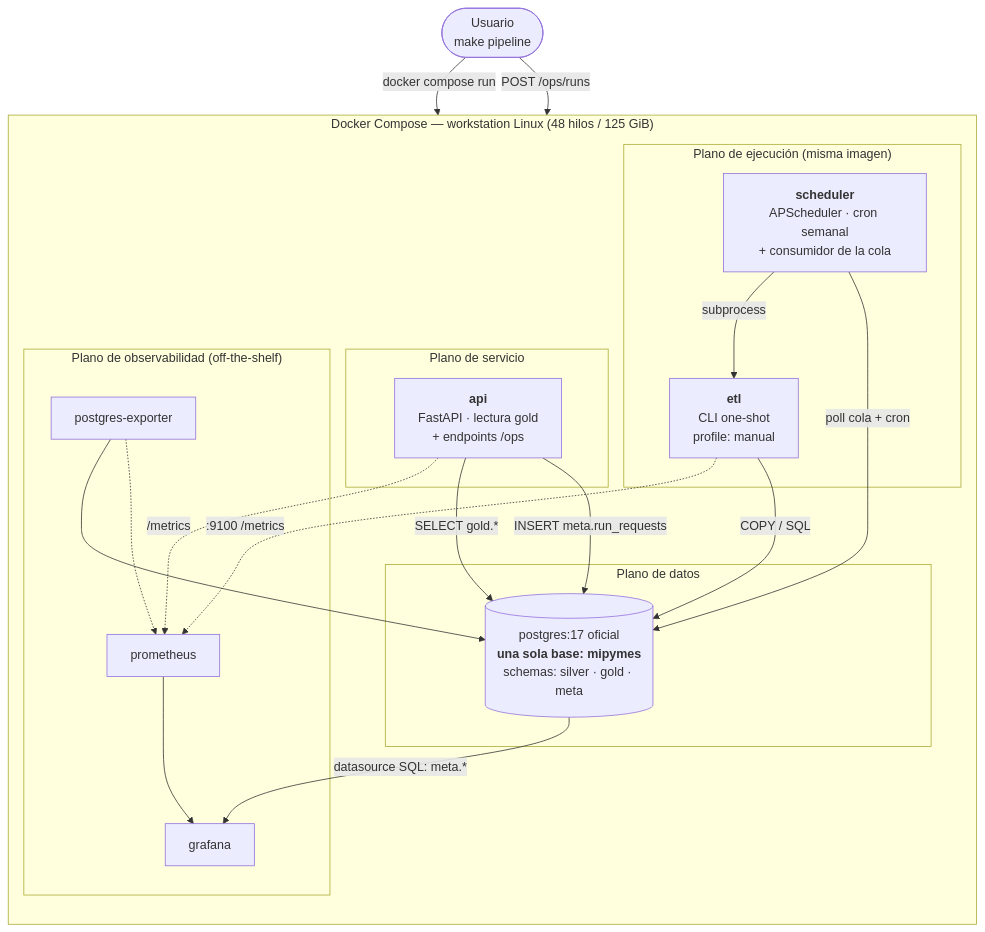
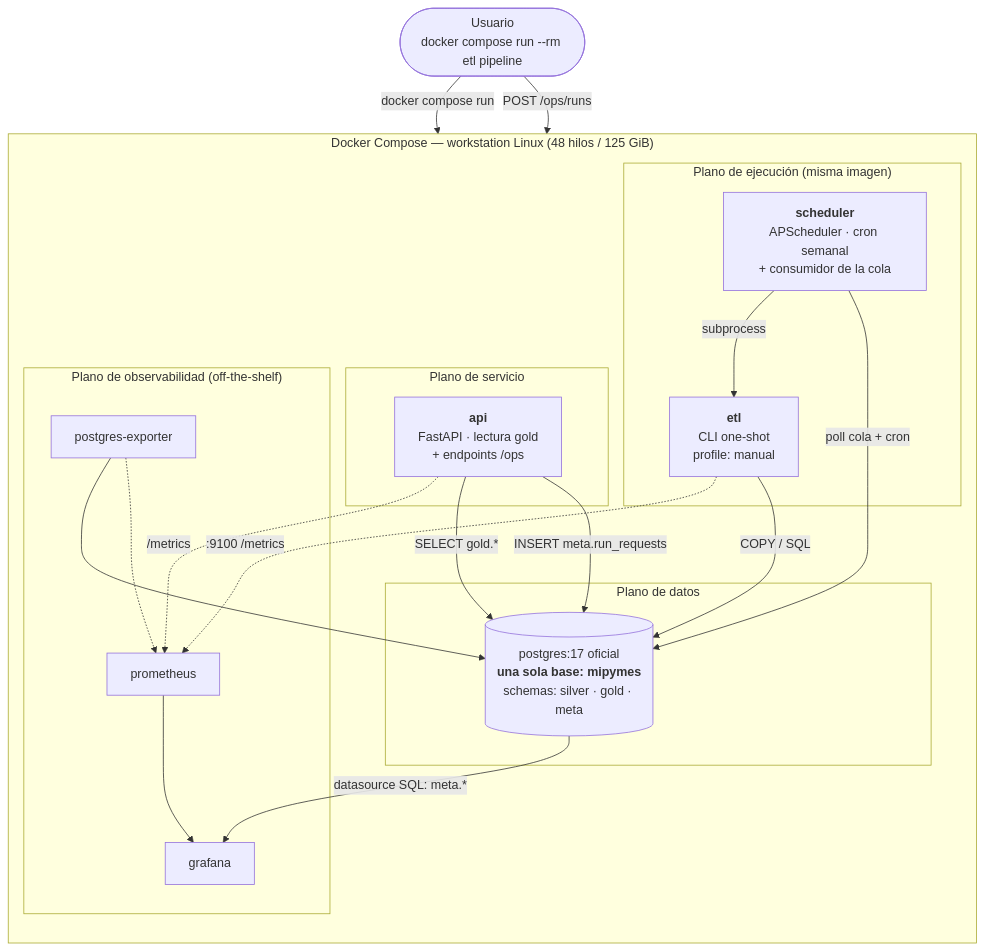
One commit to MoustachedBird/tesis-maestria-etl changed the diagram in arquitectura.md. Above: the diagram before and after it, drawn with Mermaid. The commit also changed other lines of this file and 10 other files, not shown here.

````diff
--- a/arquitectura.md
+++ b/arquitectura.md
@@ -77,40 +77,40 @@
 ```mermaid
 flowchart TB
     subgraph host["Docker Compose — workstation Linux (48 hilos / 125 GiB)"]
         direction TB
 
         subgraph datos["Plano de datos"]
             PG[("postgres:17 oficial<br/><b>una sola base: mipymes</b><br/>schemas: silver · gold · meta")]
         end
 
         subgraph trabajo["Plano de ejecución (misma imagen)"]
             SCHED["<b>scheduler</b><br/>APScheduler · cron semanal<br/>+ consumidor de la cola"]
             ETL["<b>etl</b><br/>CLI one-shot<br/>profile: manual"]
         end
 
         subgraph servicio["Plano de servicio"]
             API["<b>api</b><br/>FastAPI · lectura gold<br/>+ endpoints /ops"]
         end
 
         subgraph obs["Plano de observabilidad (off-the-shelf)"]
             PROM["prometheus"]
             GRAF["grafana"]
             PGEXP["postgres-exporter"]
         end
     end
 
-    USER(["Usuario<br/>make pipeline"]) -->|docker compose run| ETL
+    USER(["Usuario<br/>docker compose run --rm etl pipeline"]) -->|docker compose run| ETL
     USER -->|POST /ops/runs| API
     API -->|INSERT meta.run_requests| PG
     SCHED -->|poll cola + cron| PG
     SCHED -->|subprocess| ETL
     ETL -->|COPY / SQL| PG
     API -->|SELECT gold.*| PG
 
     ETL -.->|:9100 /metrics| PROM
     API -.->|/metrics| PROM
     PGEXP -.-> PROM
     PGEXP --> PG
     PROM --> GRAF
     PG -->|datasource SQL: meta.*| GRAF
 ```
````
